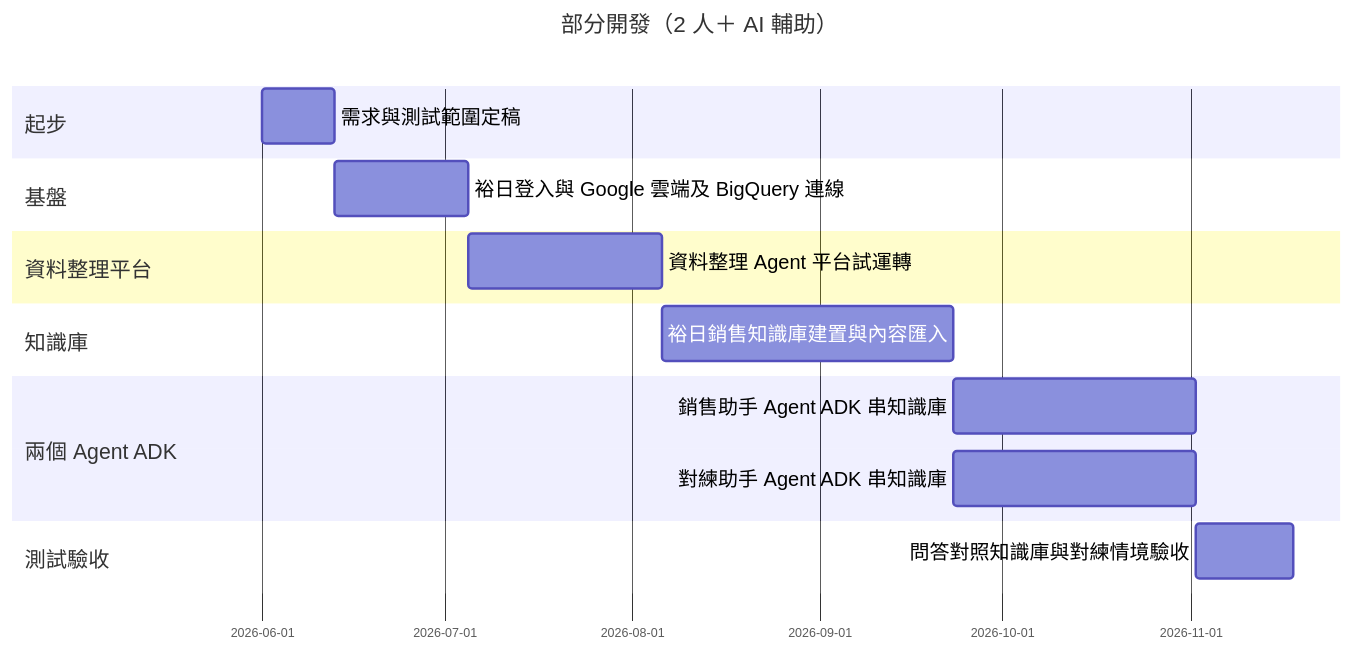
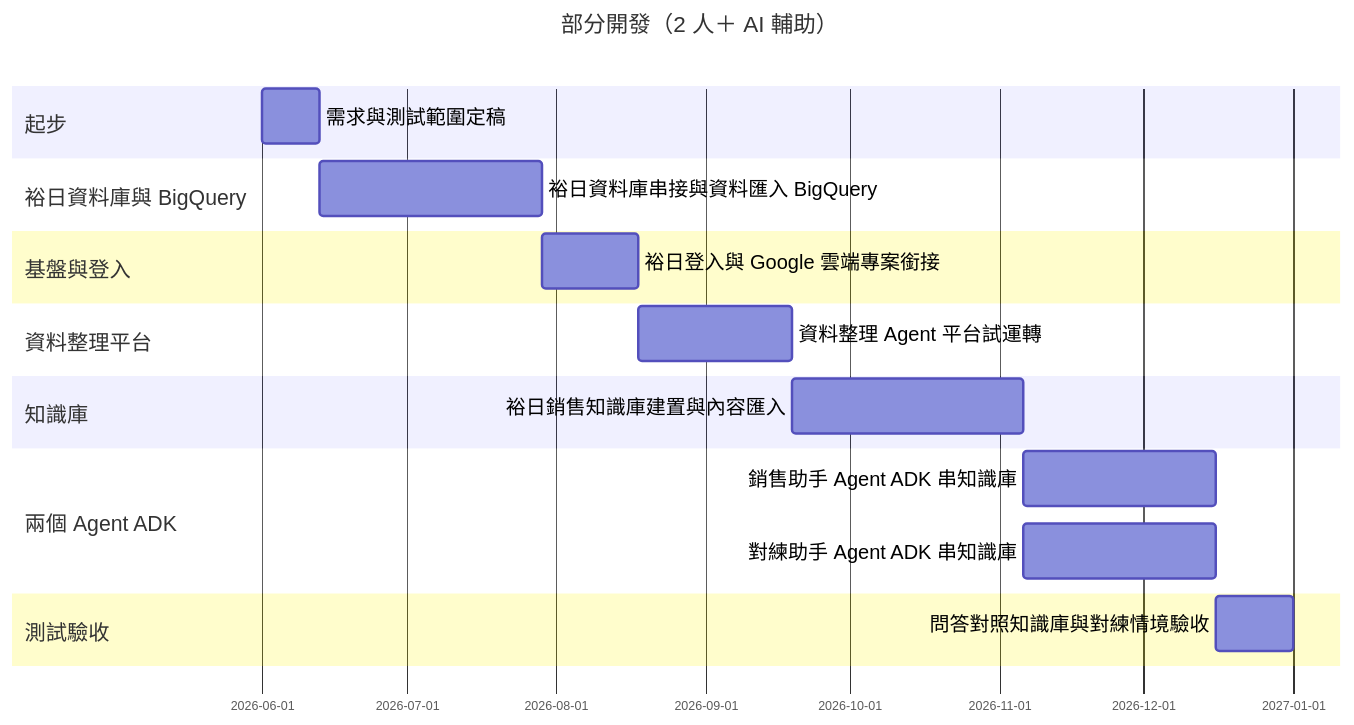
The second of 2 diagrams in PROJECT_SCOPE_SALES_TRAINING.md (humtersiso/YNM_Sales_AI_Coach), drawn with Mermaid before and after one commit. The commit also changed other lines of this file, not shown here.

Commit message:
Scope v0.9: 4a 精簡、裕日資料庫與 BQ 置前、甘特與風險對齊

````diff
--- a/PROJECT_SCOPE_SALES_TRAINING.md
+++ b/PROJECT_SCOPE_SALES_TRAINING.md
@@ -160,19 +165,21 @@
 ```mermaid
 %%{init: { "gantt": { "barHeight": 44, "barGap": 14, "fontSize": 16, "sectionFontSize": 17, "topPadding": 70, "leftPadding": 200, "gridLineStartPadding": 50 } } }%%
 gantt
 title 部分開發（2 人＋ AI 輔助）
 dateFormat YYYY-MM-DD
 section 起步
 需求與測試範圍定稿 :v0, 2026-06-01, 12d
-section 基盤
-裕日登入與 Google 雲端及 BigQuery 連線 :v1, after v0, 22d
+section 裕日資料庫與 BigQuery
+裕日資料庫串接與資料匯入 BigQuery :vdb, after v0, 46d
+section 基盤與登入
+裕日登入與 Google 雲端專案銜接 :v1, after vdb, 20d
 section 資料整理平台
 資料整理 Agent 平台試運轉 :v2, after v1, 32d
 section 知識庫
 裕日銷售知識庫建置與內容匯入 :v3, after v2, 48d
 section 兩個 Agent ADK
 銷售助手 Agent ADK 串知識庫 :v4a, after v3, 40d
 對練助手 Agent ADK 串知識庫 :v4b, after v3, 40d
 section 測試驗收
 問答對照知識庫與對練情境驗收 :v5, after v4a v4b, 16d
 ```
````
